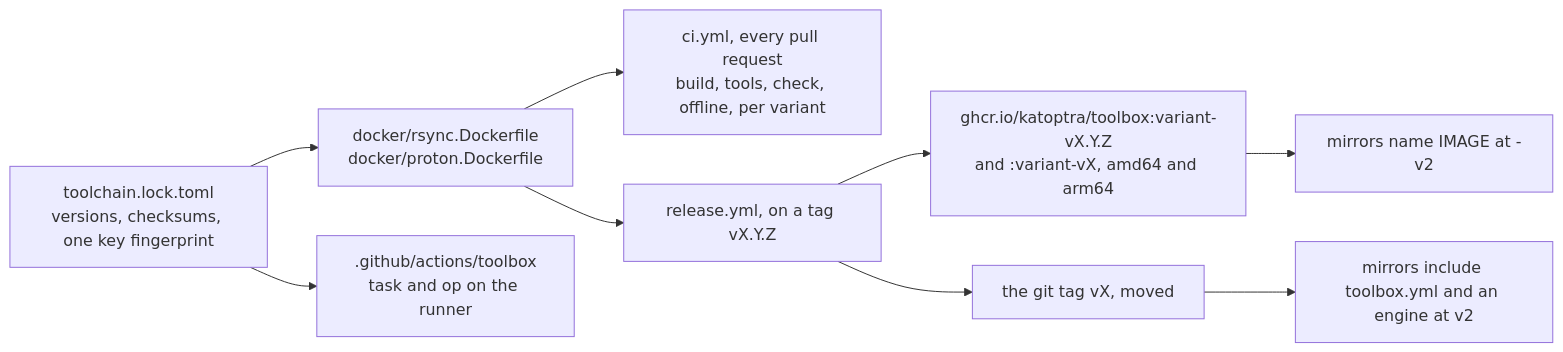
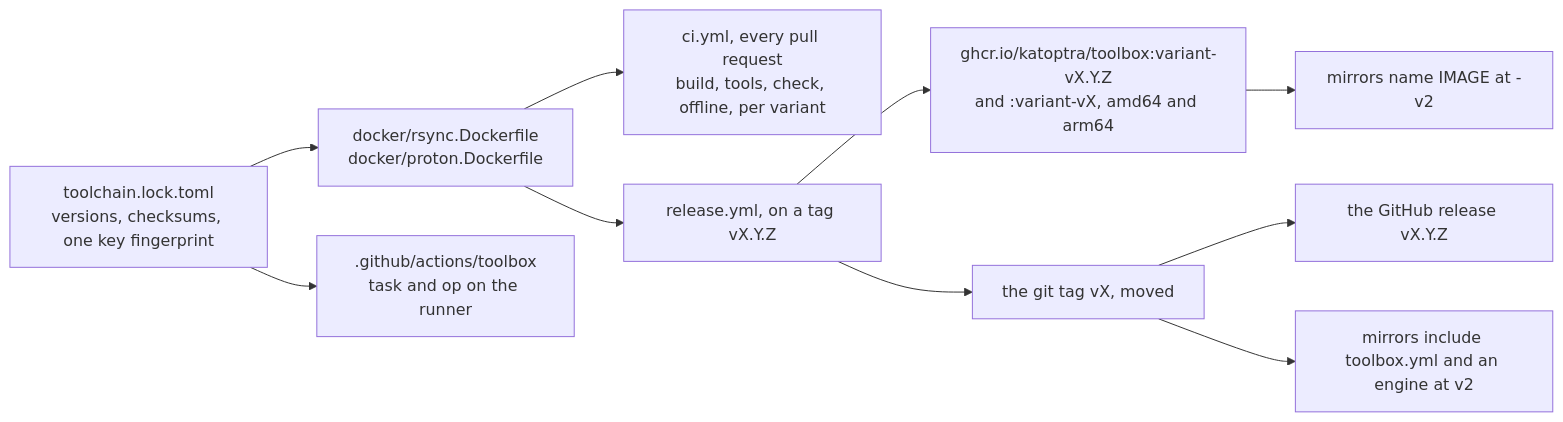
One commit to katoptra/lib changed diagram 11 of 12 in README.md. Above: the diagram before and after it, drawn with Mermaid. The commit also changed other lines of this file and 1 other file, not shown here.

First line of the commit message:
ci(release): publish the GitHub release after moving the major tag (#14)

````diff
--- a/README.md
+++ b/README.md
@@ -645,11 +645,12 @@
 ```mermaid
 flowchart LR
   lock["toolchain.lock.toml<br/>versions, checksums, one key fingerprint"] --> df["docker/rsync.Dockerfile<br/>docker/proton.Dockerfile"]
   lock --> act[".github/actions/toolbox<br/>task and op on the runner"]
   df --> ci["ci.yml, every pull request<br/>build, tools, check, offline, per variant"]
   df --> rel["release.yml, on a tag vX.Y.Z"]
   rel --> ghcr["ghcr.io/katoptra/toolbox:variant-vX.Y.Z<br/>and :variant-vX, amd64 and arm64"]
   rel --> tag["the git tag vX, moved"]
+  tag --> gr["the GitHub release vX.Y.Z"]
   tag --> inc["mirrors include toolbox.yml and an engine at v2"]
   ghcr --> img["mirrors name IMAGE at -v2"]
 ```
````
